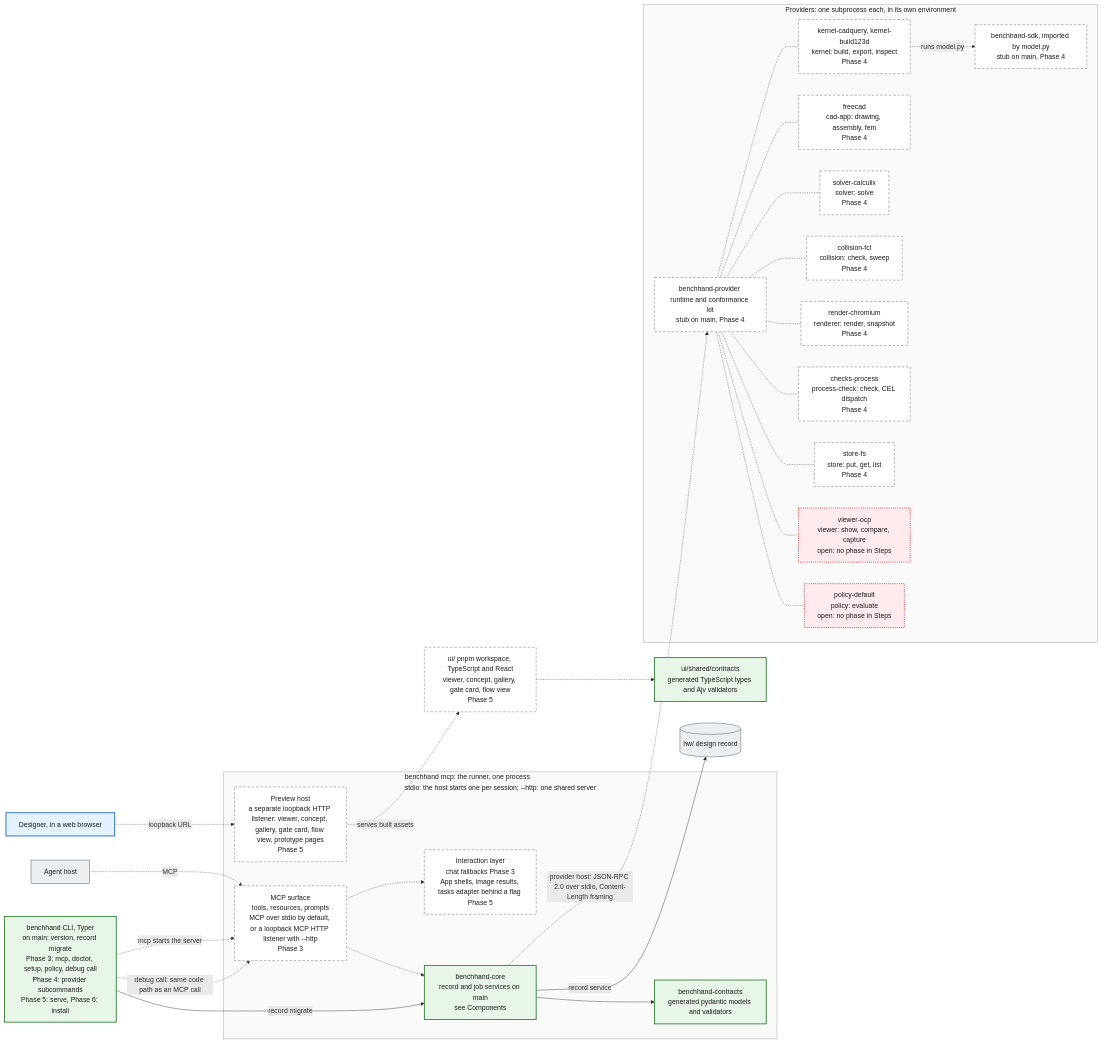
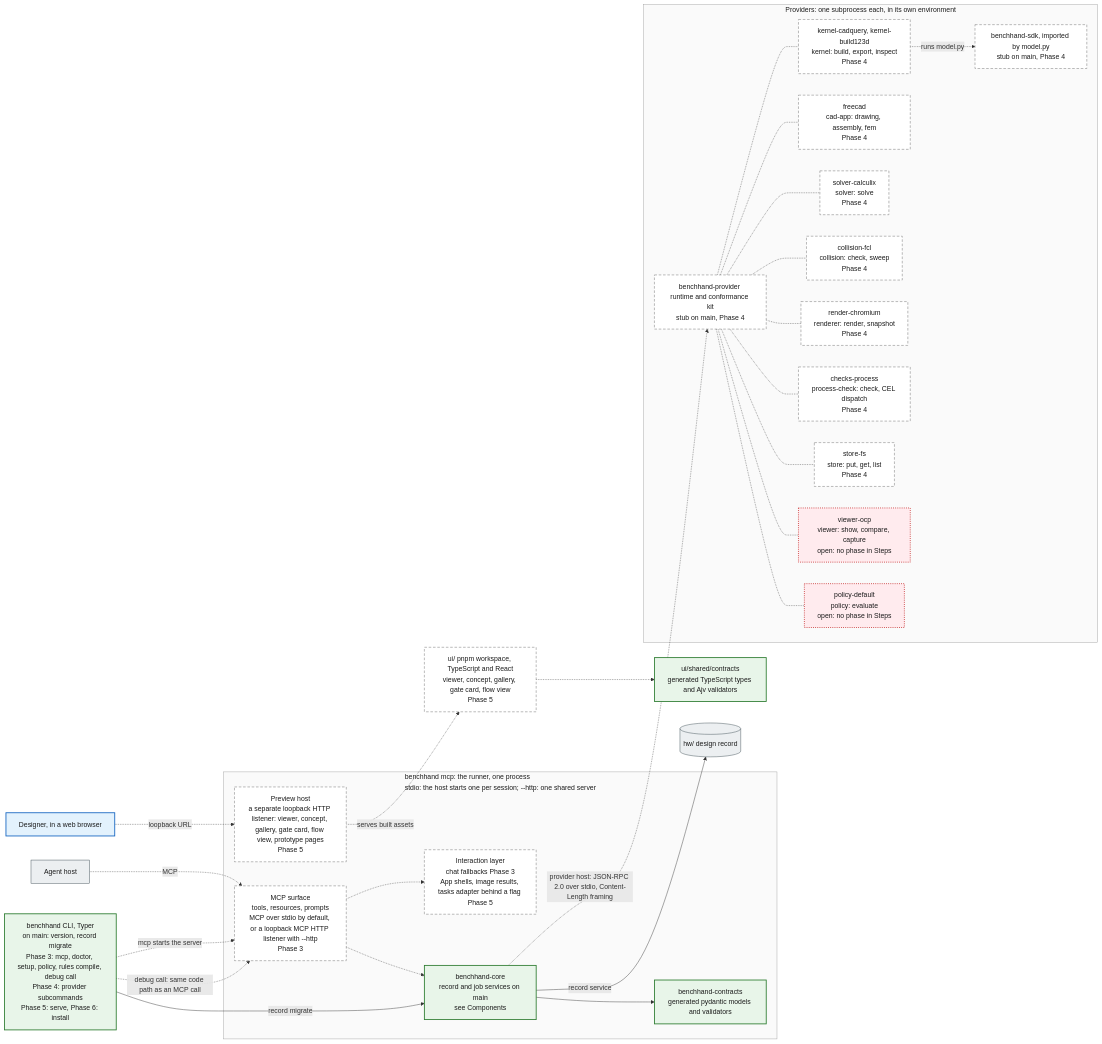
Before and after one commit to benchhand/benchhand-next: the first of 3 diagrams in docs/architecture/containers.md, drawn with Mermaid. The commit also changed other lines of this file and 1 other file, not shown here.

Commit message:
docs(architecture): CEL profile, cel-go tool and rules bundle in containers; standalone CEL checked at load in flow (ADR-0020)

````diff
--- a/docs/architecture/containers.md
+++ b/docs/architecture/containers.md
@@ -8,58 +8,58 @@
 ```mermaid
 flowchart LR
   host["Agent host"]:::ext
   person["Designer, in a web browser"]:::person
 
   subgraph process["benchhand mcp: the runner, one process<br/>stdio: the host starts one per session; --http: one shared server"]
     surface["MCP surface<br/>tools, resources, prompts<br/>MCP over stdio by default, or a loopback MCP HTTP listener with --http<br/>Phase 3"]:::planned
     interaction["Interaction layer<br/>chat fallbacks Phase 3<br/>App shells, image results, tasks adapter behind a flag Phase 5"]:::planned
     preview["Preview host<br/>a separate loopback HTTP listener: viewer, concept, gallery, gate card, flow view, prototype pages<br/>Phase 5"]:::planned
     core["benchhand-core<br/>record and job services on main<br/>see Components"]:::impl
     contractsPkg["benchhand-contracts<br/>generated pydantic models and validators"]:::impl
   end
 
-  cli["benchhand CLI, Typer<br/>on main: version, record migrate<br/>Phase 3: mcp, doctor, setup, policy, debug call<br/>Phase 4: provider subcommands<br/>Phase 5: serve, Phase 6: install"]:::impl
+  cli["benchhand CLI, Typer<br/>on main: version, record migrate<br/>Phase 3: mcp, doctor, setup, policy, rules compile, debug call<br/>Phase 4: provider subcommands<br/>Phase 5: serve, Phase 6: install"]:::impl
 
   subgraph providers["Providers: one subprocess each, in its own environment"]
     providerRuntime["benchhand-provider runtime and conformance kit<br/>stub on main, Phase 4"]:::planned
     kernels["kernel-cadquery, kernel-build123d<br/>kernel: build, export, inspect<br/>Phase 4"]:::planned
     sdk["benchhand-sdk, imported by model.py<br/>stub on main, Phase 4"]:::planned
     freecadProvider["freecad<br/>cad-app: drawing, assembly, fem<br/>Phase 4"]:::planned
     solver["solver-calculix<br/>solver: solve<br/>Phase 4"]:::planned
     collision["collision-fcl<br/>collision: check, sweep<br/>Phase 4"]:::planned
     renderer["render-chromium<br/>renderer: render, snapshot<br/>Phase 4"]:::planned
     checks["checks-process<br/>process-check: check, CEL dispatch<br/>Phase 4"]:::planned
     store["store-fs<br/>store: put, get, list<br/>Phase 4"]:::planned
     viewer["viewer-ocp<br/>viewer: show, compare, capture<br/>open: no phase in Steps"]:::open
     policy["policy-default<br/>policy: evaluate<br/>open: no phase in Steps"]:::open
   end
 
   ui["ui/ pnpm workspace, TypeScript and React<br/>viewer, concept, gallery, gate card, flow view<br/>Phase 5"]:::planned
   uiShared["ui/shared/contracts<br/>generated TypeScript types and Ajv validators"]:::impl
   hw[("hw/ design record")]:::ext
 
   host -.->|"MCP"| surface
   surface -.-> interaction
   surface -.-> core
   person -.->|"loopback URL"| preview
   preview -.->|"serves built assets"| ui
   ui -.-> uiShared
   cli -.->|"mcp starts the server"| surface
   cli -.->|"debug call: same code path as an MCP call"| surface
   cli -->|"record migrate"| core
   core --> contractsPkg
   core -->|"record service"| hw
   core -.->|"provider host: JSON-RPC 2.0 over stdio, Content-Length framing"| providerRuntime
   providerRuntime -.- kernels & freecadProvider & solver & collision & renderer & checks & store & viewer & policy
   kernels -.->|"runs model.py"| sdk
 
   style process fill:#fafafa,stroke:#9e9e9e,color:#1b1b1b
   style providers fill:#fafafa,stroke:#9e9e9e,color:#1b1b1b
 
   classDef impl fill:#e8f5e9,stroke:#2e7d32,stroke-width:2px,color:#1b1b1b
   classDef review fill:#fff3e0,stroke:#e65100,stroke-width:2px,stroke-dasharray:6 4,color:#1b1b1b
   classDef planned fill:#ffffff,stroke:#616161,stroke-width:1px,stroke-dasharray:6 4,color:#1b1b1b
   classDef open fill:#ffebee,stroke:#c62828,stroke-width:2px,stroke-dasharray:2 3,color:#1b1b1b
   classDef ext fill:#eceff1,stroke:#37474f,stroke-width:1px,color:#1b1b1b
   classDef person fill:#e3f2fd,stroke:#1565c0,stroke-width:2px,color:#1b1b1b
 ```
````
